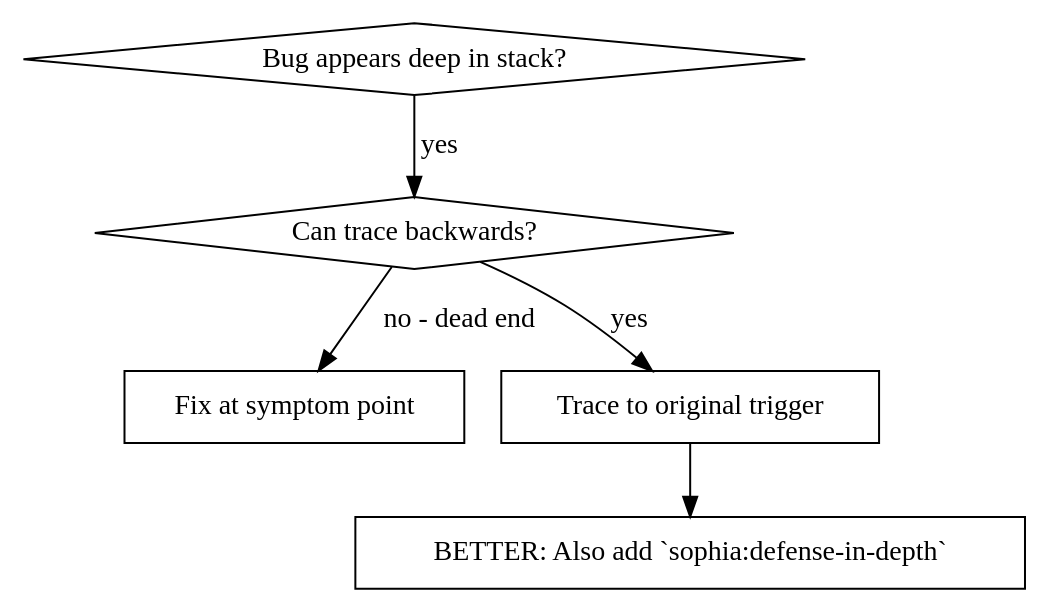
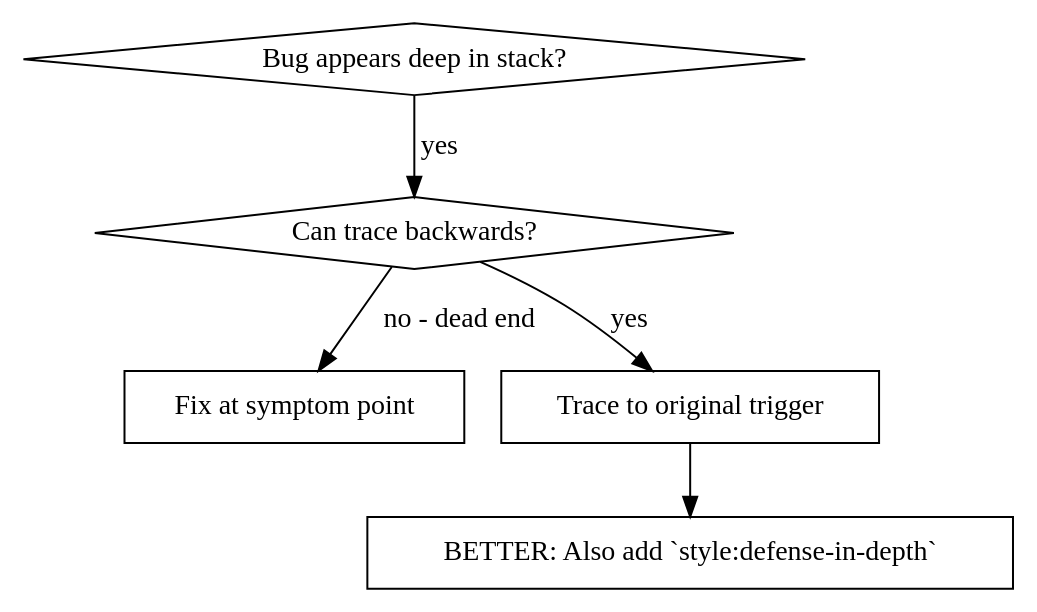
Before and after one commit to vivshaw/loam: the first of 2 diagrams in plugins/core/skills/explore-systematic-debugging/root-cause-tracing.md, drawn with Graphviz. The commit also changed 24 other files, not shown here.

````diff
--- a/plugins/core/skills/explore-systematic-debugging/root-cause-tracing.md
+++ b/plugins/core/skills/explore-systematic-debugging/root-cause-tracing.md
@@ -11,14 +11,14 @@
 ```dot
 digraph when_to_use {
     "Bug appears deep in stack?" [shape=diamond];
     "Can trace backwards?" [shape=diamond];
     "Fix at symptom point" [shape=box];
     "Trace to original trigger" [shape=box];
-    "BETTER: Also add `sophia:defense-in-depth`" [shape=box];
+    "BETTER: Also add `style:defense-in-depth`" [shape=box];
 
     "Bug appears deep in stack?" -> "Can trace backwards?" [label="yes"];
     "Can trace backwards?" -> "Trace to original trigger" [label="yes"];
     "Can trace backwards?" -> "Fix at symptom point" [label="no - dead end"];
-    "Trace to original trigger" -> "BETTER: Also add `sophia:defense-in-depth`";
+    "Trace to original trigger" -> "BETTER: Also add `style:defense-in-depth`";
 }
 ```
````
